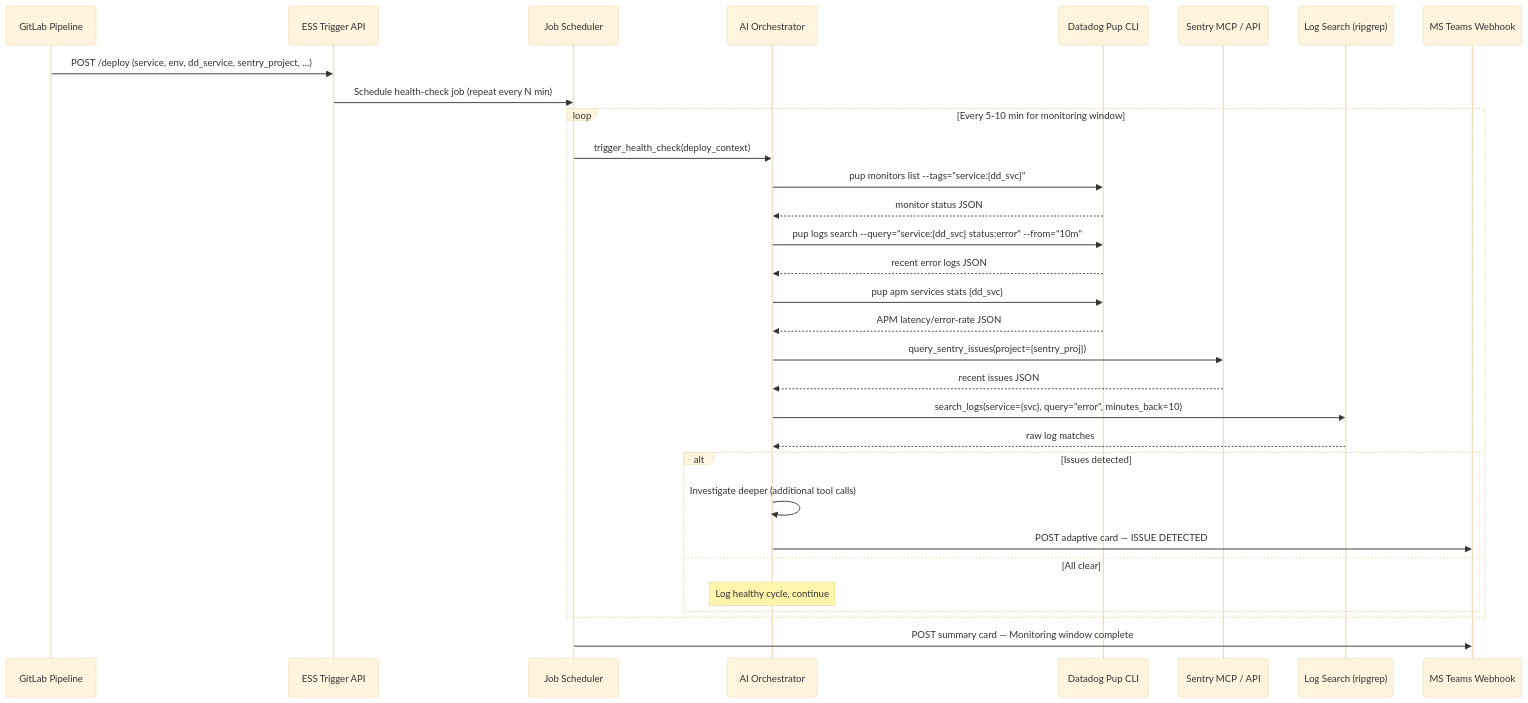
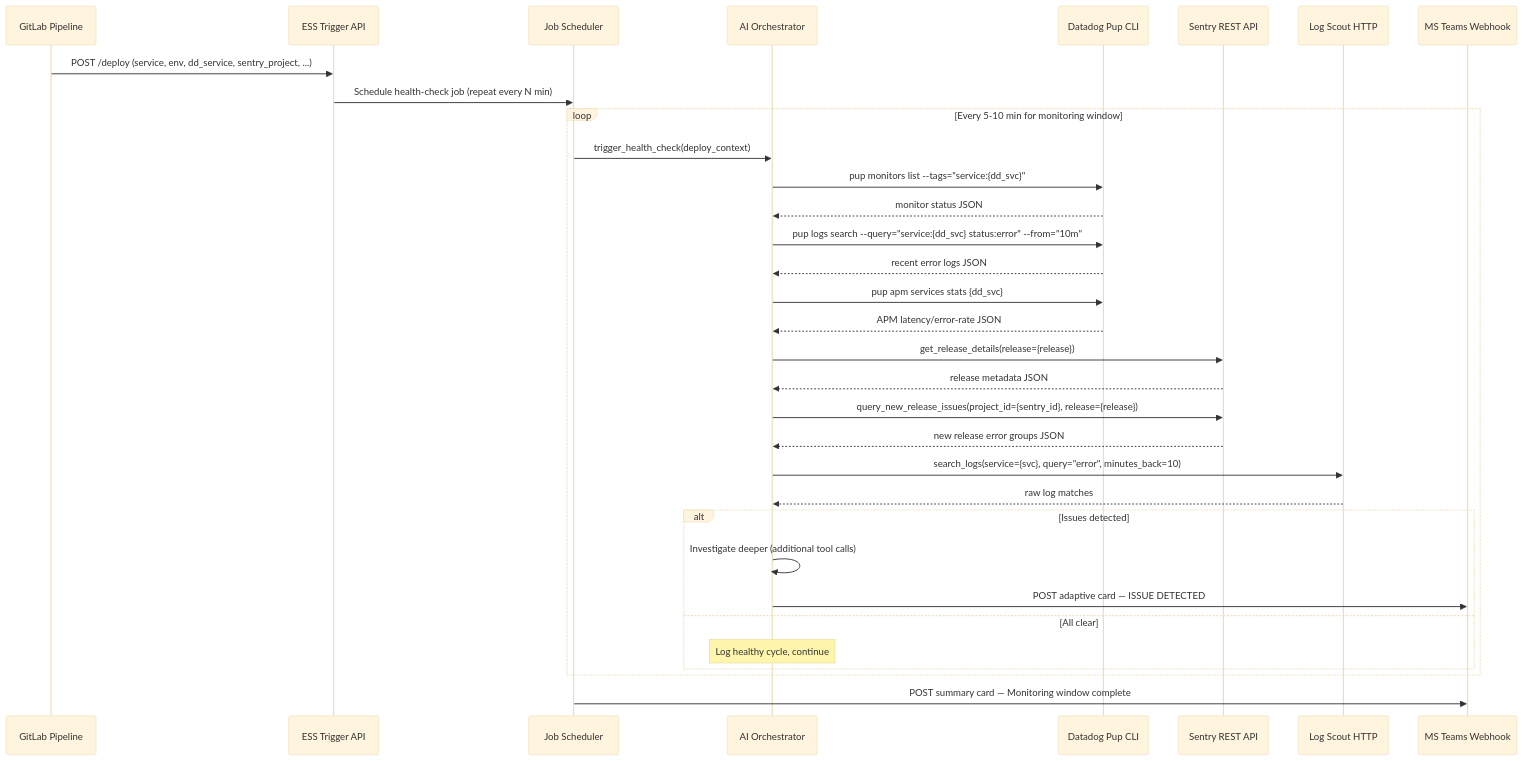
The first of 3 diagrams in docs/plans/active/ess-eye-of-sauron-service.md (elis-salobehaj/ess), drawn with Mermaid (base theme) before and after one commit. The commit also changed other lines of this file and 42 other files, not shown here.

First line of the commit message:
feat: add release-aware Sentry monitoring and harness workflows

````diff
--- a/docs/plans/active/ess-eye-of-sauron-service.md
+++ b/docs/plans/active/ess-eye-of-sauron-service.md
@@ -98,37 +125,39 @@
 ```mermaid
 sequenceDiagram
     participant GL as GitLab Pipeline
     participant ESS as ESS Trigger API
     participant SCHED as Job Scheduler
     participant AGENT as AI Orchestrator
     participant PUP as Datadog Pup CLI
-    participant SMCP as Sentry MCP / API
-    participant LOGS as Log Search (ripgrep)
+    participant SENTRY as Sentry REST API
+    participant LOGS as Log Scout HTTP
     participant TEAMS as MS Teams Webhook
 
     GL->>ESS: POST /deploy (service, env, dd_service, sentry_project, ...)
     ESS->>SCHED: Schedule health-check job (repeat every N min)
 
     loop Every 5-10 min for monitoring window
         SCHED->>AGENT: trigger_health_check(deploy_context)
         AGENT->>PUP: pup monitors list --tags="service:{dd_svc}"
         PUP-->>AGENT: monitor status JSON
         AGENT->>PUP: pup logs search --query="service:{dd_svc} status:error" --from="10m"
         PUP-->>AGENT: recent error logs JSON
         AGENT->>PUP: pup apm services stats {dd_svc}
         PUP-->>AGENT: APM latency/error-rate JSON
-        AGENT->>SMCP: query_sentry_issues(project={sentry_proj})
-        SMCP-->>AGENT: recent issues JSON
+        AGENT->>SENTRY: get_release_details(release={release})
+        SENTRY-->>AGENT: release metadata JSON
+        AGENT->>SENTRY: query_new_release_issues(project_id={sentry_id}, release={release})
+        SENTRY-->>AGENT: new release error groups JSON
         AGENT->>LOGS: search_logs(service={svc}, query="error", minutes_back=10)
         LOGS-->>AGENT: raw log matches
 
         alt Issues detected
             AGENT->>AGENT: Investigate deeper (additional tool calls)
             AGENT->>TEAMS: POST adaptive card — ISSUE DETECTED
         else All clear
             Note over AGENT: Log healthy cycle, continue
         end
     end
 
     SCHED->>TEAMS: POST summary card — Monitoring window complete
 ```
````
